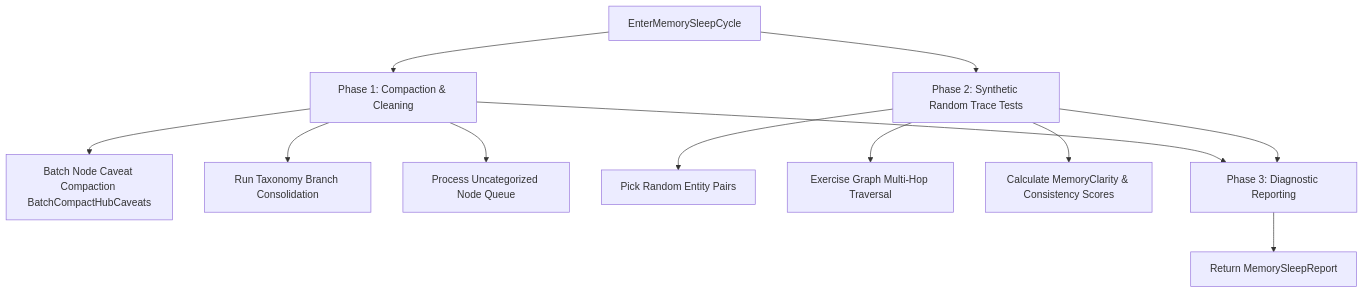
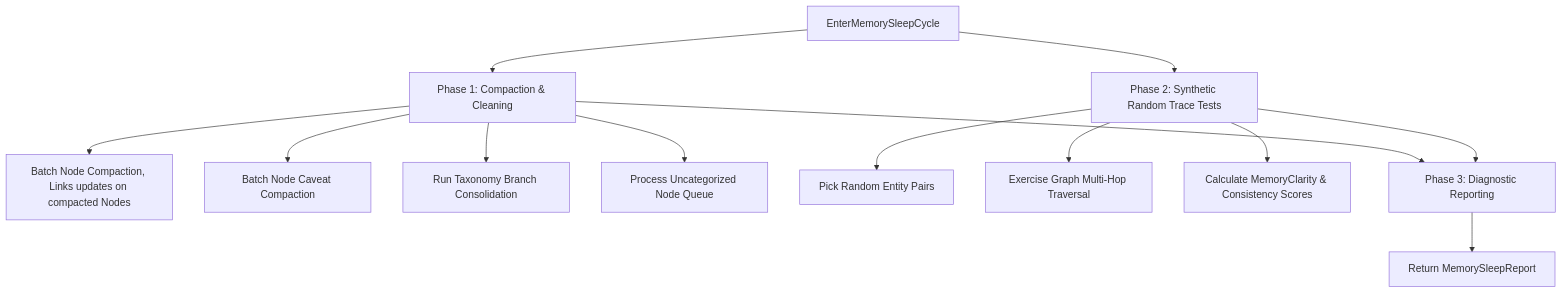
One commit to laurentalsina/gllam changed the diagram in design/memory_maintenance_cycle_plan.md. Above: the diagram before and after it, drawn with Mermaid. The commit also changed other lines of this file, not shown here.

````diff
--- a/design/memory_maintenance_cycle_plan.md
+++ b/design/memory_maintenance_cycle_plan.md
@@ -11,15 +11,16 @@
 ```mermaid
 flowchart TD
     SleepTrigger[EnterMemorySleepCycle] --> Phase1[Phase 1: Compaction & Cleaning]
-    Phase1 --> CaveatCompaction[Batch Node Caveat Compaction BatchCompactHubCaveats]
+    Phase1 --> NodesCompaction[Batch Node Compaction, Links updates on compacted Nodes]
+    Phase1 --> CaveatCompaction[Batch Node Caveat Compaction]
     Phase1 --> TaxonomyConsolidation[Run Taxonomy Branch Consolidation]
     Phase1 --> ProcessOrphans[Process Uncategorized Node Queue]
 
     SleepTrigger --> Phase2[Phase 2: Synthetic Random Trace Tests]
     Phase2 --> PickNodes[Pick Random Entity Pairs]
     Phase2 --> TraceMultiHop[Exercise Graph Multi-Hop Traversal]
     Phase2 --> ScoreMetrics[Calculate MemoryClarity & Consistency Scores]
 
     Phase1 & Phase2 --> Phase3[Phase 3: Diagnostic Reporting]
     Phase3 --> SleepReport[Return MemorySleepReport]
 ```
````
